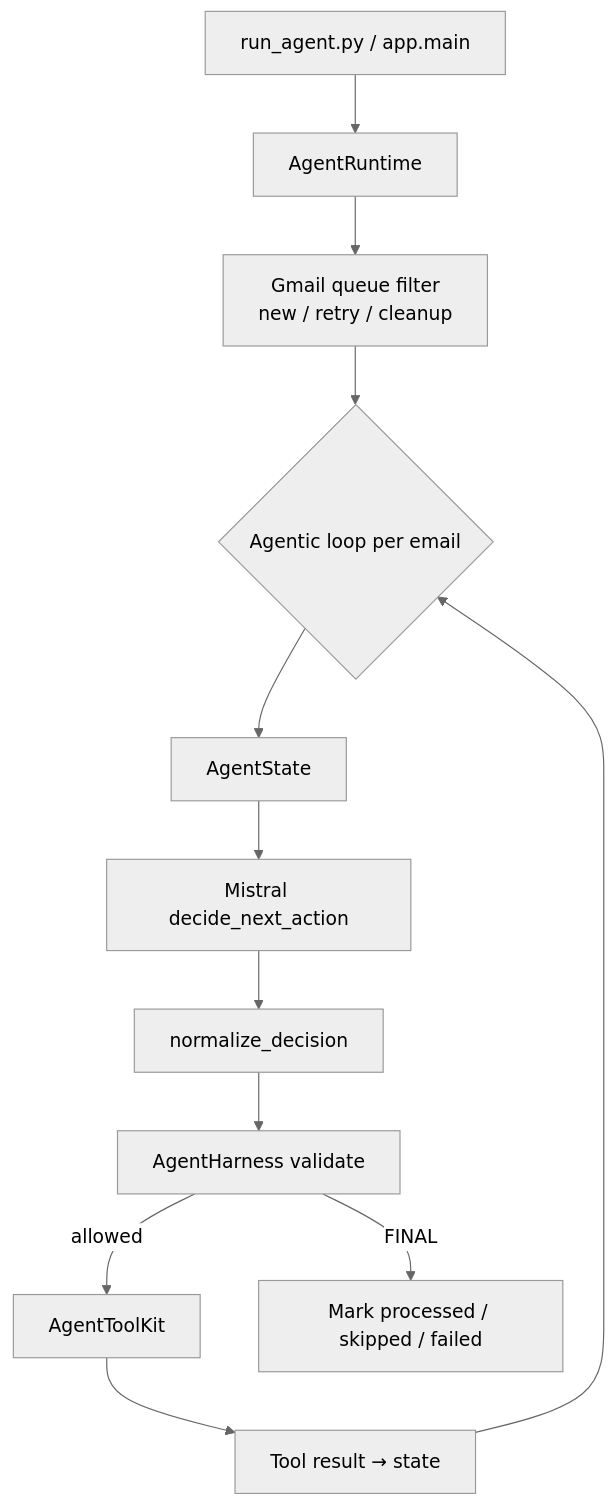
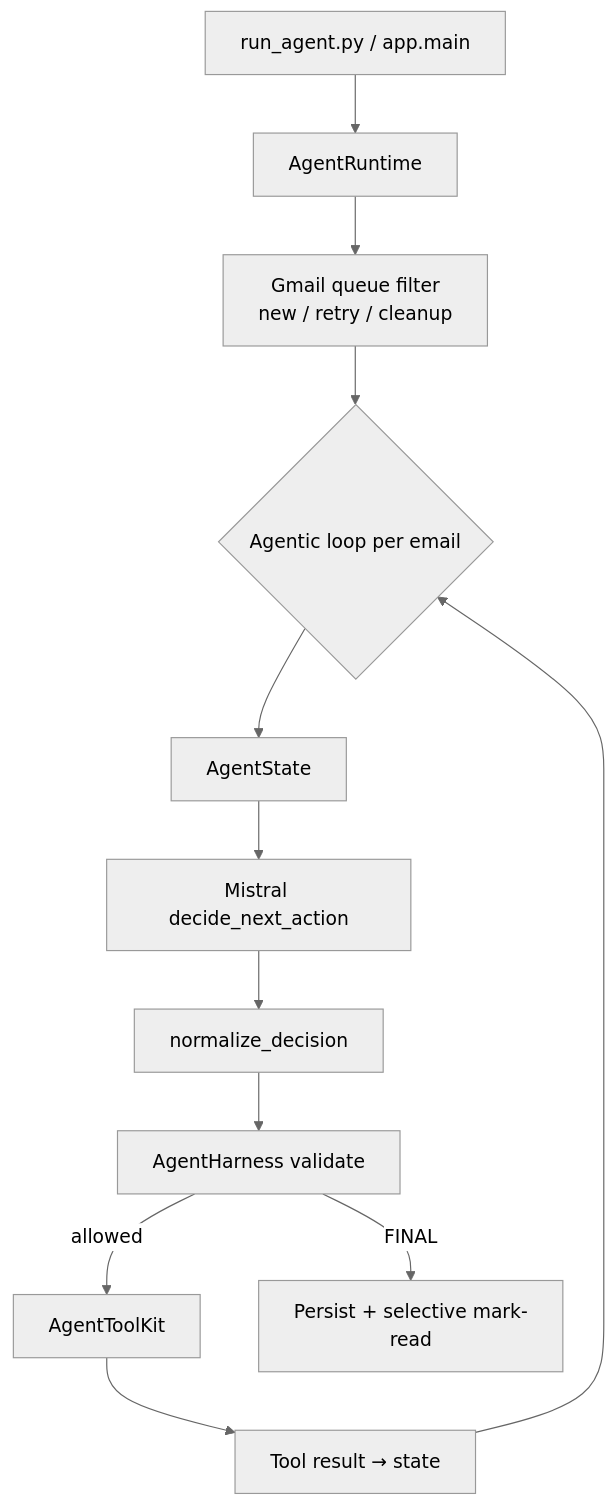
The diagram in docs/presentation.md (Nisarg9072-god/Email-Agent), drawn with Mermaid (neutral theme) before and after one commit. The commit also changed other lines of this file and 5 other files, not shown here.

````diff
--- a/docs/presentation.md
+++ b/docs/presentation.md
@@ -22,14 +22,14 @@
 ```mermaid
 flowchart TD
     CLI[run_agent.py / app.main] --> RUNTIME[AgentRuntime]
     RUNTIME --> FILTER[Gmail queue filter<br/>new / retry / cleanup]
     FILTER --> LOOP{Agentic loop per email}
     LOOP --> STATE[AgentState]
     STATE --> LLM[Mistral decide_next_action]
     LLM --> NORM[normalize_decision]
     NORM --> HARNESS[AgentHarness validate]
     HARNESS -->|allowed| TOOL[AgentToolKit]
     TOOL --> RESULT[Tool result → state]
     RESULT --> LOOP
-    HARNESS -->|FINAL| STOP[Mark processed / skipped / failed]
+    HARNESS -->|FINAL| STOP[Persist + selective mark-read]
 ```
````
